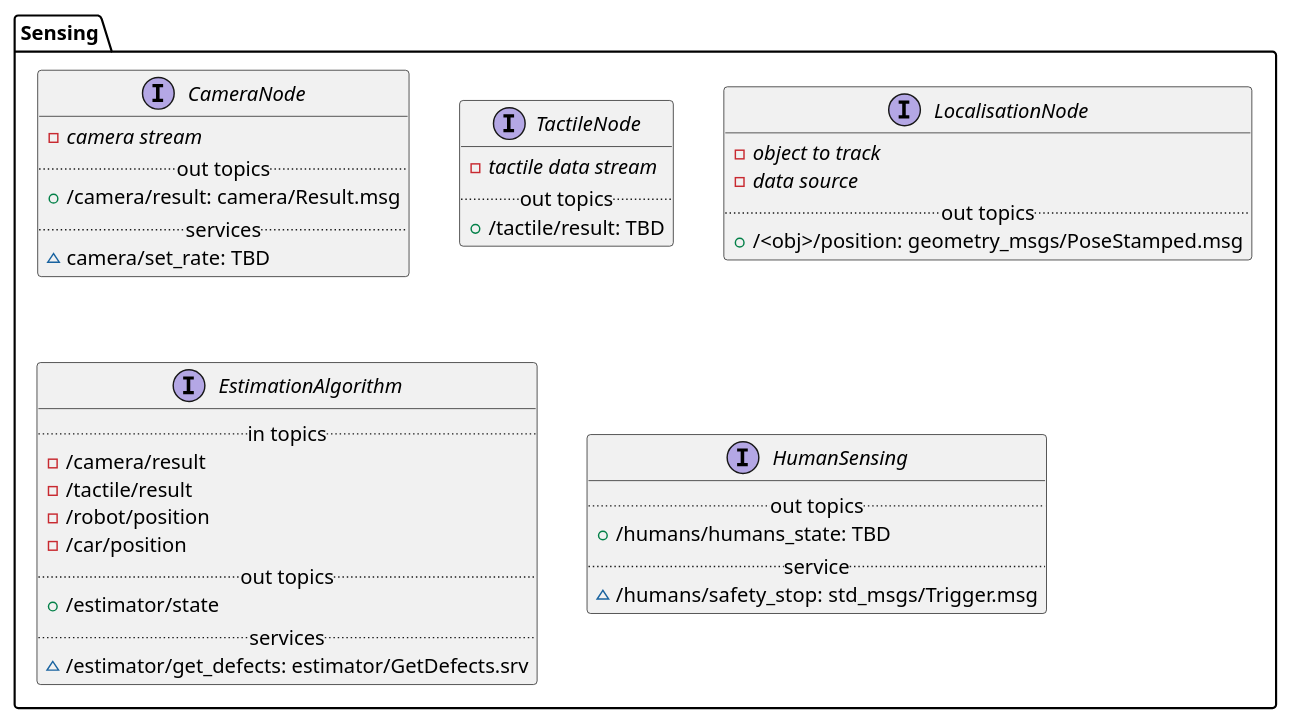
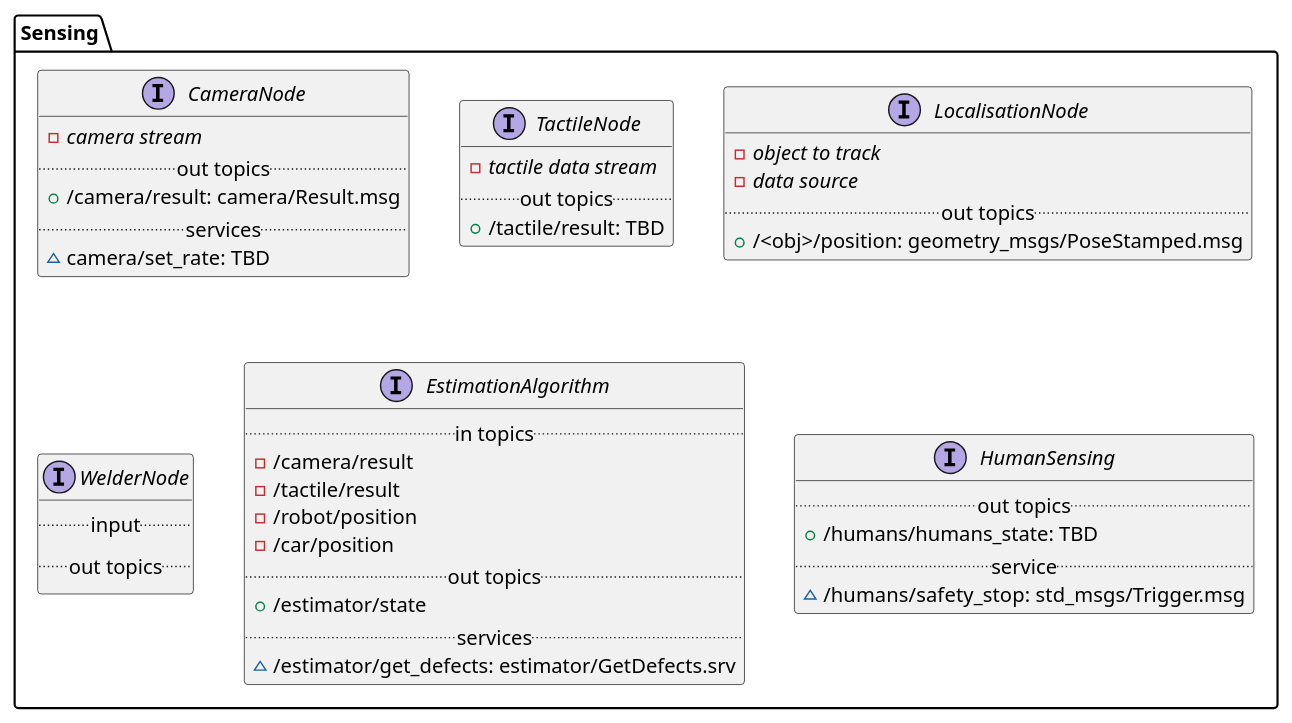
One commit to magician-project/magician-project changed the fifth of 6 diagrams in framework.md. Above: the diagram before and after it, drawn with PlantUML. The commit also changed other lines of this file, not shown here.

First line of the commit message:
Added Welding system interface prototype

````diff
--- a/framework.md
+++ b/framework.md
@@ -195,47 +198,52 @@
 ```{plantuml}
 :width: 700px
 @startuml
 package Sensing {
   interface CameraNode {
     - {abstract}  camera stream
     .. out topics ..
     + /camera/result: camera/Result.msg
     .. services ..
     ~ camera/set_rate: TBD
   }
-  
+
   interface TactileNode {
     - {abstract}  tactile data stream
     .. out topics ..
     + /tactile/result: TBD
   }
-  
+
   interface LocalisationNode {
     - {abstract}  object to track
     - {abstract}  data source
     .. out topics ..
     + /<obj>/position: geometry_msgs/PoseStamped.msg
   }
-  
+
+  interface WelderNode {
+    .. input ..
+    .. out topics ..
+  }
+
   interface EstimationAlgorithm {
     .. in topics ..
     - /camera/result
     - /tactile/result
     - /robot/position
     - /car/position
     .. out topics ..
     + /estimator/state
     .. services ..
     ~ /estimator/get_defects: estimator/GetDefects.srv
   }
-  
+
   interface HumanSensing {
     .. out topics ..
     + /humans/humans_state: TBD
     .. service ..
     ~ /humans/safety_stop: std_msgs/Trigger.msg
   }
 
 }
 @enduml
 ```
````
